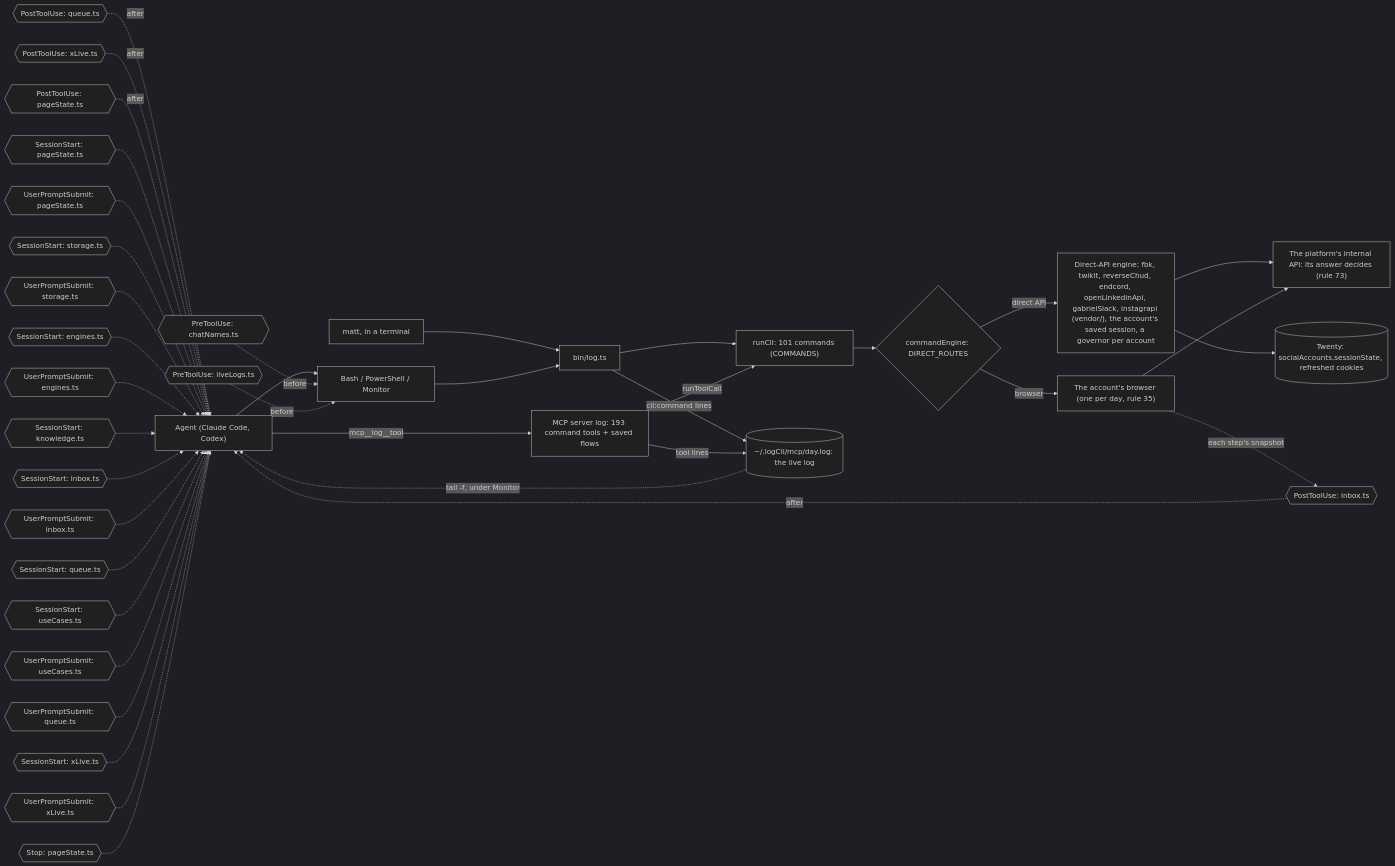
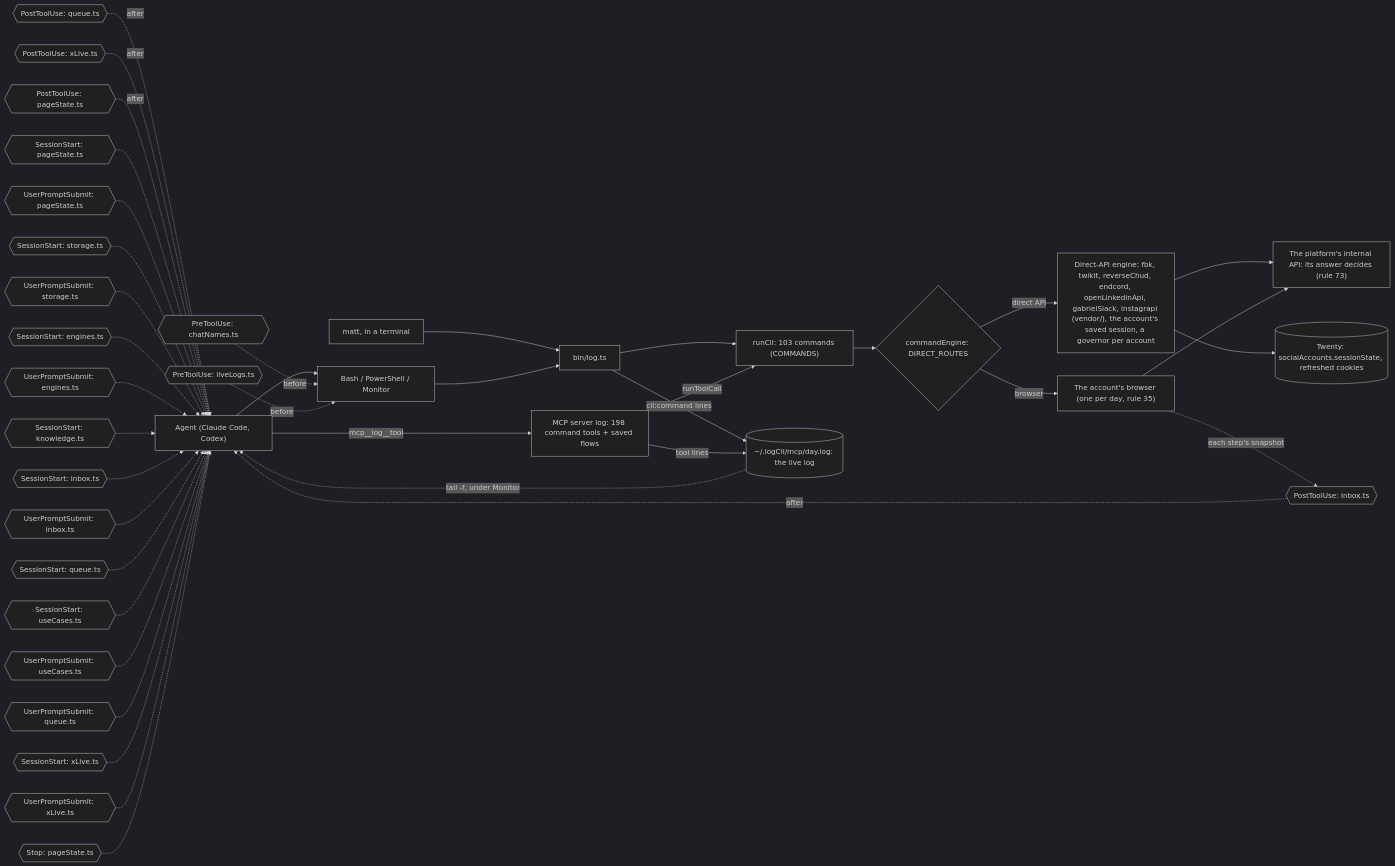
Before and after one commit to matthewdonsemail-lab/log: the diagram in docs/diagrams/surface.mmd, drawn with Mermaid (dark theme). The commit also changed 48 other files, not shown here.

```diff
--- a/docs/diagrams/surface.mmd
+++ b/docs/diagrams/surface.mmd
@@ -1,53 +1,53 @@
 %% How a call reaches log-cli. From a shell or over MCP, both run the same commands through `runCli`, write the same live log, and pass through the same hooks. `commandEngine` sends each command to the platform's direct API or to the account's browser.
 %% Written by `bun run docs:build` from the code (rule 56). Not edited by hand.
 flowchart LR
   agent["Agent (Claude Code, Codex)"]
   matt["matt, in a terminal"]
   shell["Bash / PowerShell / Monitor"]
-  mcp["MCP server log: 193 command tools + saved flows"]
+  mcp["MCP server log: 198 command tools + saved flows"]
   bin["bin/log.ts"]
-  runCli["runCli: 101 commands (COMMANDS)"]
+  runCli["runCli: 103 commands (COMMANDS)"]
   live[("~/.logCli/mcp/day.log: the live log")]
   engine{"commandEngine: DIRECT_ROUTES"}
   direct["Direct-API engine: fbk, twikit, reverseChud, endcord, openLinkedinApi, gabrielSlack, instagrapi (vendor/), the account's saved session, a governor per account"]
   browser["The account's browser (one per day, rule 35)"]
   api["The platform's internal API: its answer decides (rule 73)"]
   twenty[("Twenty: socialAccounts.sessionState, refreshed cookies")]
   agent --> shell
   matt --> bin
   shell --> bin
   agent -->|mcp__log__tool| mcp
   bin --> runCli
   mcp -->|runToolCall| runCli
   runCli --> engine
   engine -->|direct API| direct
   engine -->|browser| browser
   direct --> api
   browser --> api
   direct --> twenty
   bin -->|cli:command lines| live
   mcp -->|tool lines| live
   live -.->|tail -f, under Monitor| agent
   pre0{{"PreToolUse: chatNames.ts"}} -.->|before| shell
   pre1{{"PreToolUse: liveLogs.ts"}} -.->|before| shell
   post0{{"PostToolUse: inbox.ts"}} -.->|after| agent
   post1{{"PostToolUse: queue.ts"}} -.->|after| agent
   post2{{"PostToolUse: xLive.ts"}} -.->|after| agent
   post3{{"PostToolUse: pageState.ts"}} -.->|after| agent
   turn0{{"SessionStart: pageState.ts"}} -.-> agent
   turn1{{"UserPromptSubmit: pageState.ts"}} -.-> agent
   turn2{{"SessionStart: storage.ts"}} -.-> agent
   turn3{{"UserPromptSubmit: storage.ts"}} -.-> agent
   turn4{{"SessionStart: engines.ts"}} -.-> agent
   turn5{{"UserPromptSubmit: engines.ts"}} -.-> agent
   turn6{{"SessionStart: knowledge.ts"}} -.-> agent
   turn7{{"SessionStart: inbox.ts"}} -.-> agent
   turn8{{"UserPromptSubmit: inbox.ts"}} -.-> agent
   turn9{{"SessionStart: queue.ts"}} -.-> agent
   turn10{{"SessionStart: useCases.ts"}} -.-> agent
   turn11{{"UserPromptSubmit: useCases.ts"}} -.-> agent
   turn12{{"UserPromptSubmit: queue.ts"}} -.-> agent
   turn13{{"SessionStart: xLive.ts"}} -.-> agent
   turn14{{"UserPromptSubmit: xLive.ts"}} -.-> agent
   turn15{{"Stop: pageState.ts"}} -.-> agent
   browser -.->|each step's snapshot| post0
```
